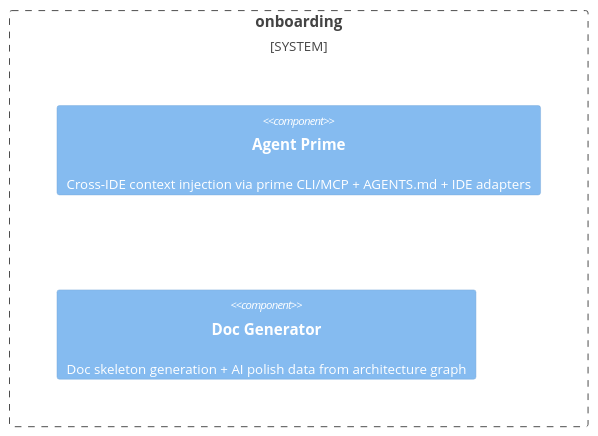
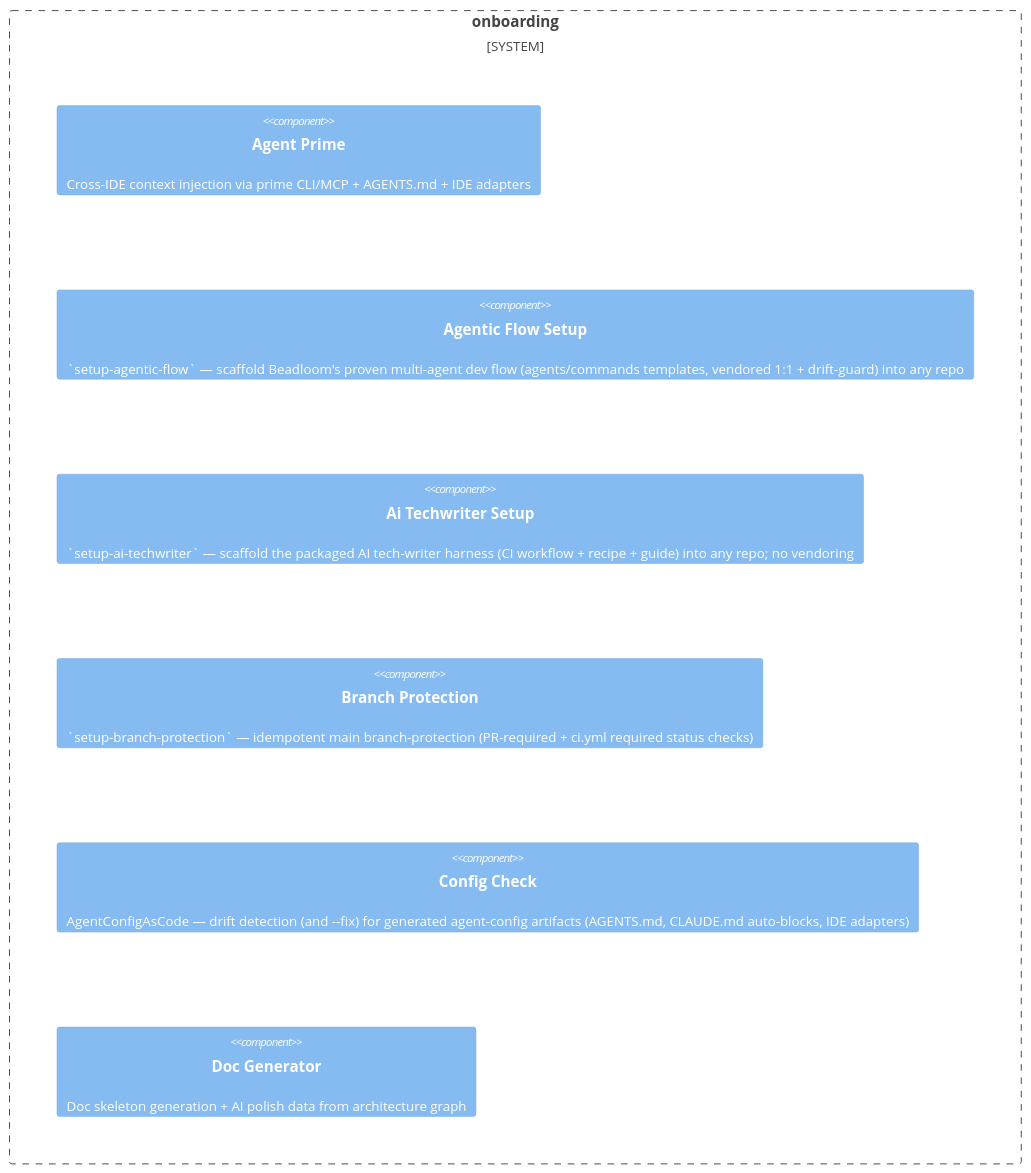
The diagram in site/domains/onboarding.md (zoologov/beadloom), drawn with Mermaid before and after one commit. The commit also changed other lines of this file and 128 other files, not shown here.

First line of the commit message:
[BDL-051] docs — fill SPEC/DOCs + architecture-model + CHANGELOG/ROADMAP (epic close) (#12)

````diff
--- a/site/domains/onboarding.md
+++ b/site/domains/onboarding.md
@@ -65,7 +62,11 @@
 ```mermaid
 C4Container
     System_Boundary(onboarding_boundary, "onboarding") {
         Component(agent_prime, "Agent Prime", "", "Cross-IDE context injection via prime CLI/MCP + AGENTS.md + IDE adapters")
+        Component(agentic_flow_setup, "Agentic Flow Setup", "", "`setup-agentic-flow` — scaffold Beadloom's proven multi-agent dev flow (agents/commands templates, vendored 1:1 + drift-guard) into any repo")
+        Component(ai_techwriter_setup, "Ai Techwriter Setup", "", "`setup-ai-techwriter` — scaffold the packaged AI tech-writer harness (CI workflow + recipe + guide) into any repo; no vendoring")
+        Component(branch_protection, "Branch Protection", "", "`setup-branch-protection` — idempotent main branch-protection (PR-required + ci.yml required status checks)")
+        Component(config_check, "Config Check", "", "AgentConfigAsCode — drift detection (and --fix) for generated agent-config artifacts (AGENTS.md, CLAUDE.md auto-blocks, IDE adapters)")
         Component(doc_generator, "Doc Generator", "", "Doc skeleton generation + AI polish data from architecture graph")
     }
 ```
````
